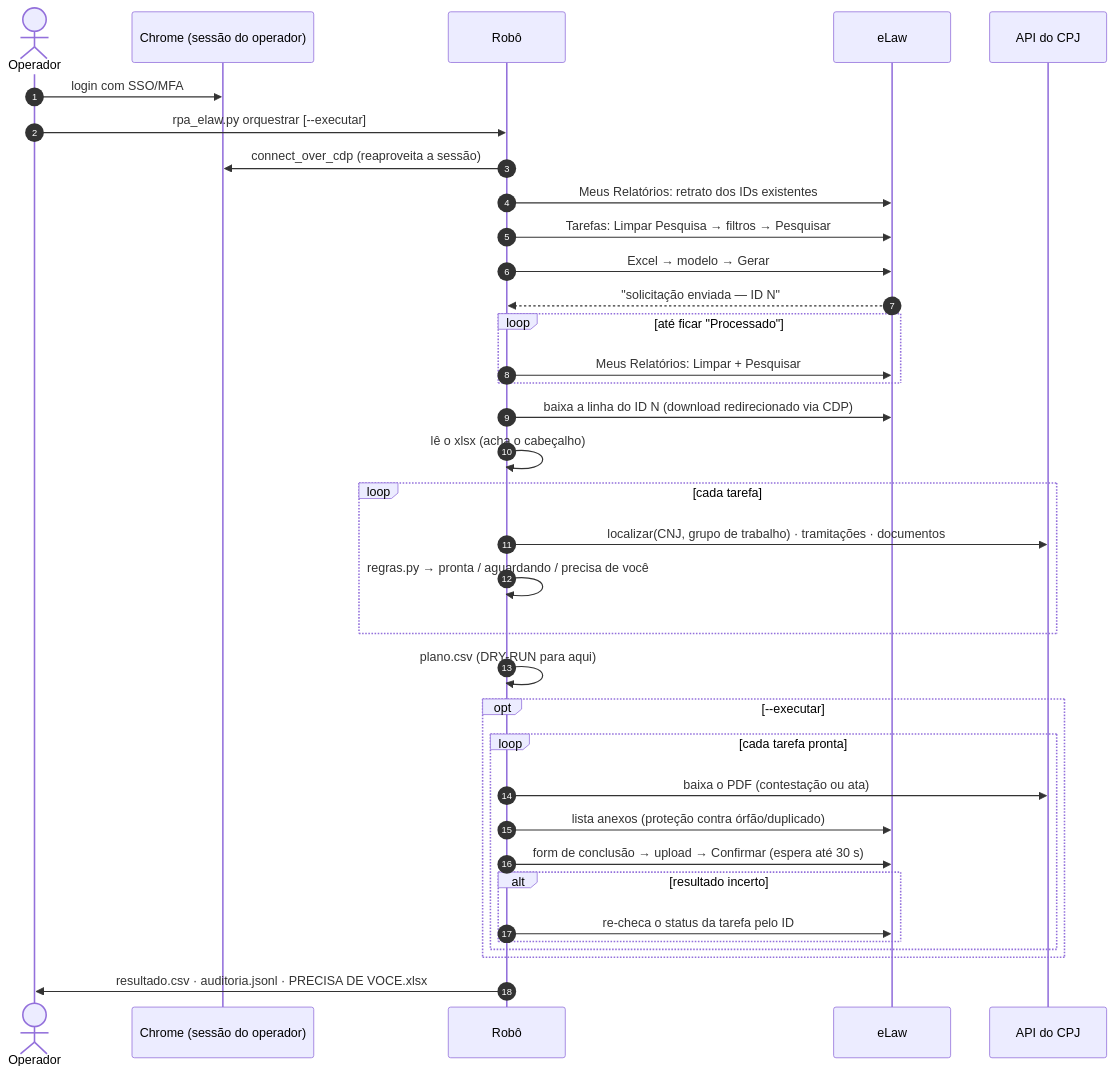
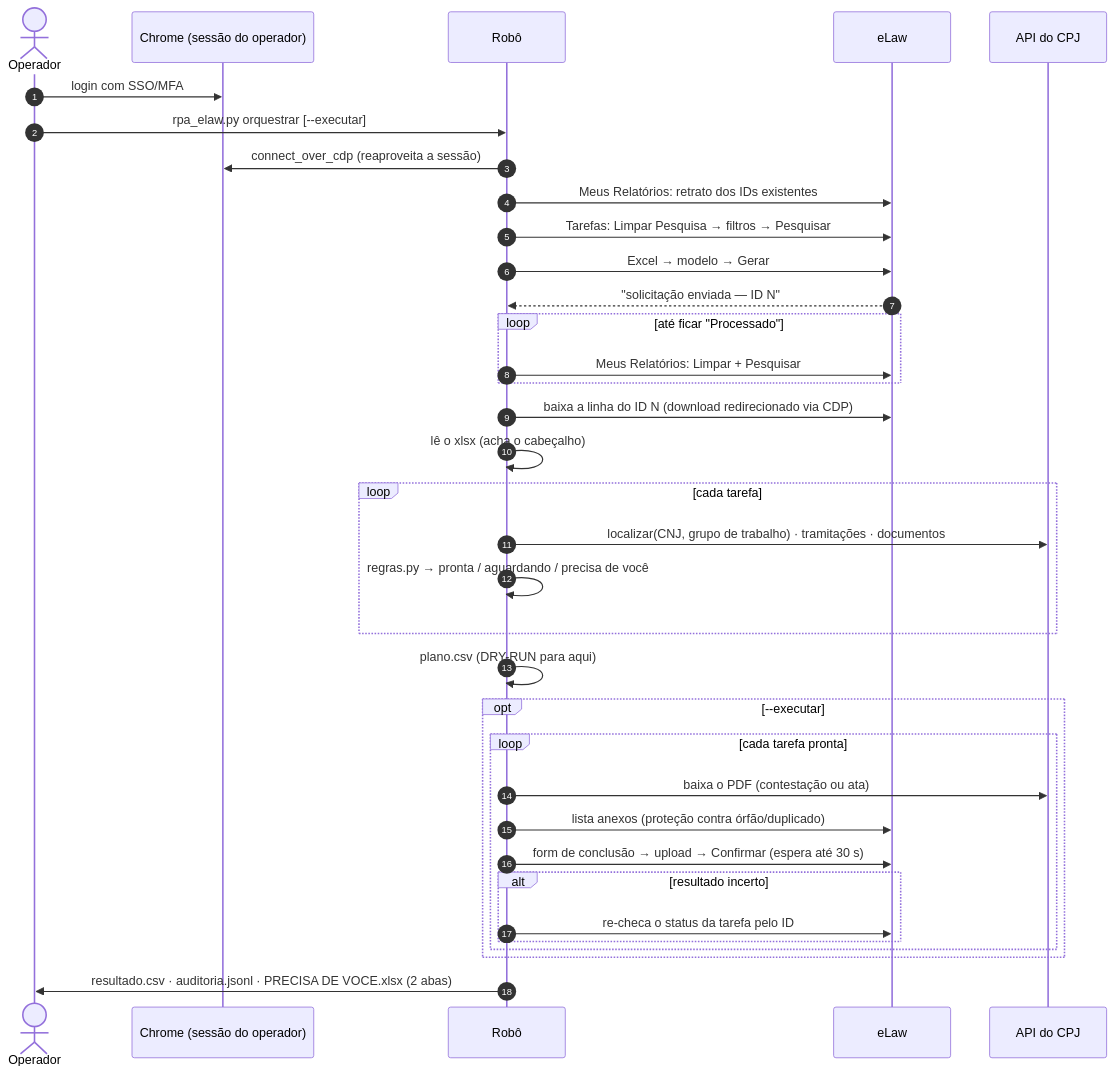
Before and after one commit to Gabwasch/rpa-contencioso-elaw: the second of 4 diagrams in docs/arquitetura.md, drawn with Mermaid. The commit also changed other lines of this file and 1 other file, not shown here.

First line of the commit message:
Docs: planilha da rodada em duas abas e confirmação em duas perguntas

````diff
--- a/docs/arquitetura.md
+++ b/docs/arquitetura.md
@@ -49,37 +50,37 @@
 ```mermaid
 sequenceDiagram
     autonumber
     actor O as Operador
     participant C as Chrome (sessão do operador)
     participant R as Robô
     participant E as eLaw
     participant P as API do CPJ
     O->>C: login com SSO/MFA
     O->>R: rpa_elaw.py orquestrar [--executar]
     R->>C: connect_over_cdp (reaproveita a sessão)
     R->>E: Meus Relatórios: retrato dos IDs existentes
     R->>E: Tarefas: Limpar Pesquisa → filtros → Pesquisar
     R->>E: Excel → modelo → Gerar
     E-->>R: "solicitação enviada — ID N"
     loop até ficar "Processado"
         R->>E: Meus Relatórios: Limpar + Pesquisar
     end
     R->>E: baixa a linha do ID N (download redirecionado via CDP)
     R->>R: lê o xlsx (acha o cabeçalho)
     loop cada tarefa
         R->>P: localizar(CNJ, grupo de trabalho) · tramitações · documentos
         R->>R: regras.py → pronta / aguardando / precisa de você
     end
     R->>R: plano.csv (DRY-RUN para aqui)
     opt --executar
         loop cada tarefa pronta
             R->>P: baixa o PDF (contestação ou ata)
             R->>E: lista anexos (proteção contra órfão/duplicado)
             R->>E: form de conclusão → upload → Confirmar (espera até 30 s)
             alt resultado incerto
                 R->>E: re-checa o status da tarefa pelo ID
             end
         end
     end
-    R->>O: resultado.csv · auditoria.jsonl · PRECISA DE VOCE.xlsx
+    R->>O: resultado.csv · auditoria.jsonl · PRECISA DE VOCE.xlsx (2 abas)
 ```
````
